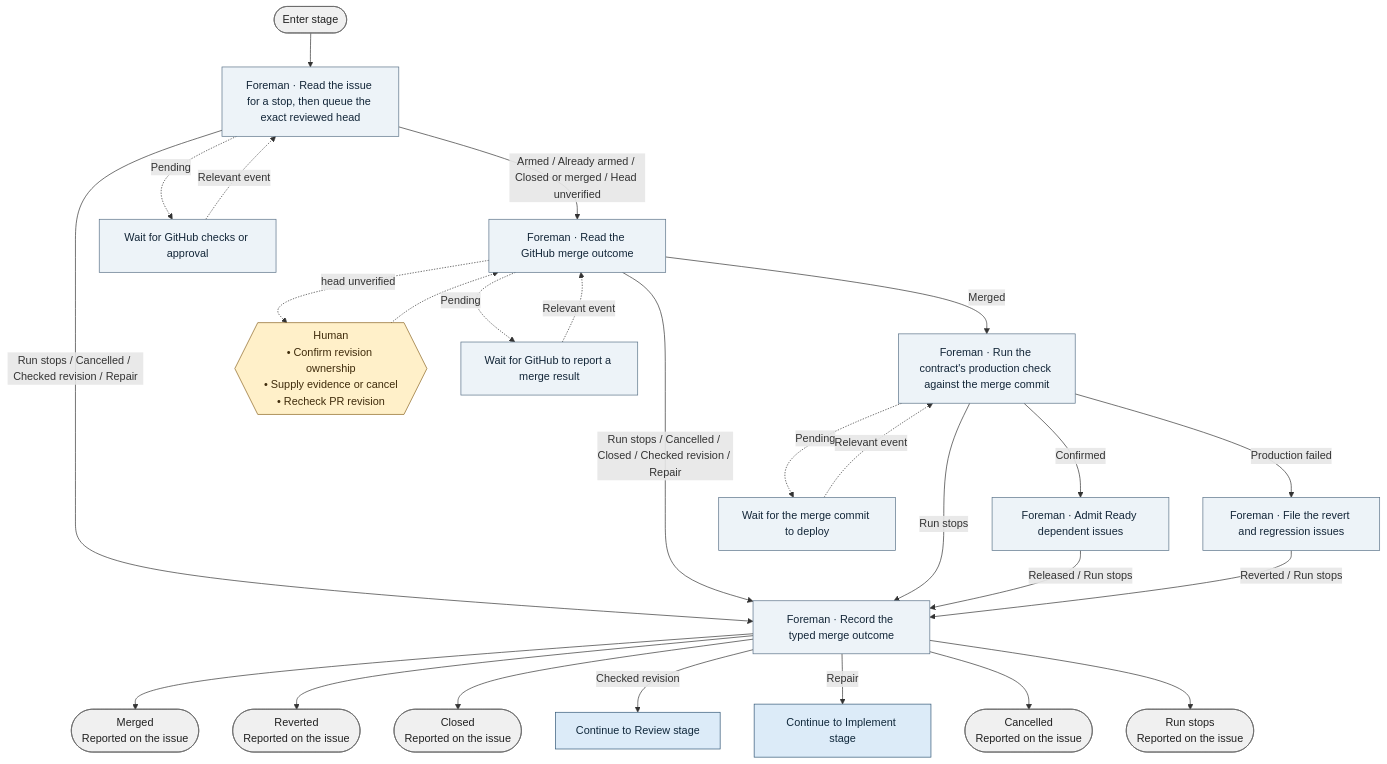
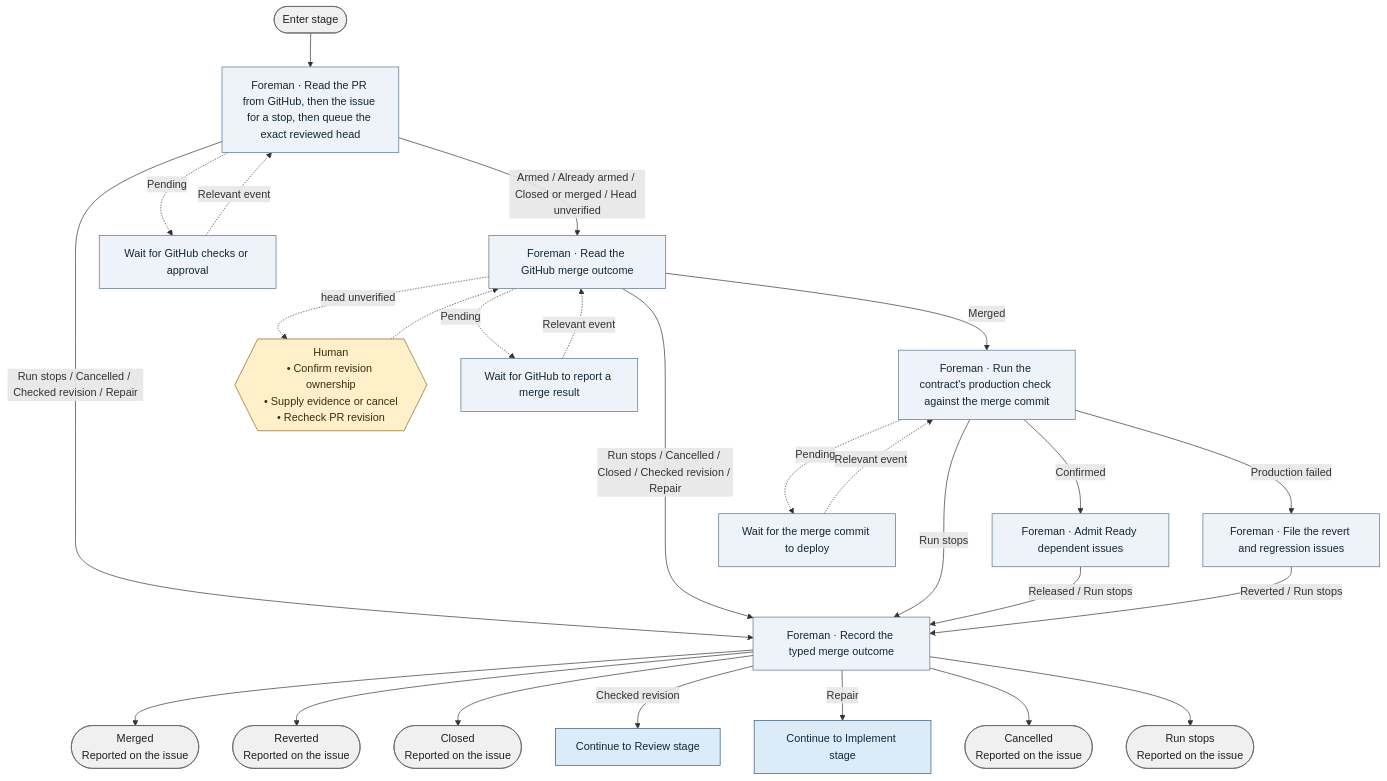
The diagram in docs/graph/blueprint/views/stages/merge.mmd (bookout-labs/tools), drawn with Mermaid before and after one commit. The commit also changed 11 other files, not shown here.

```diff
--- a/docs/graph/blueprint/views/stages/merge.mmd
+++ b/docs/graph/blueprint/views/stages/merge.mmd
@@ -1,49 +1,49 @@
 flowchart TD
     n0(["Enter stage"]):::terminal
-    n1["Foreman · Read the issue for a stop, then queue the exact reviewed head"]:::step
+    n1["Foreman · Read the PR from GitHub, then the issue for a stop, then queue the exact reviewed head"]:::step
     n2["Foreman · Read the GitHub merge outcome"]:::step
     n3["Foreman · Run the contract's production check against the merge commit"]:::step
     n4["Foreman · Admit Ready dependent issues"]:::step
     n5["Foreman · File the revert and regression issues"]:::step
     n6["Foreman · Record the typed merge outcome"]:::step
     n7(["Merged<br/>Reported on the issue"]):::terminal
     n8(["Reverted<br/>Reported on the issue"]):::terminal
     n9(["Closed<br/>Reported on the issue"]):::terminal
     n10["Continue to Review stage"]:::stage
     n11["Continue to Implement stage"]:::stage
     n12(["Cancelled<br/>Reported on the issue"]):::terminal
     n13(["Run stops<br/>Reported on the issue"]):::terminal
     n14{{"Human<br/>• Confirm revision ownership<br/>• Supply evidence or cancel<br/>• Recheck PR revision"}}:::gate
     n15["Wait for GitHub checks or approval"]:::step
     n16["Wait for GitHub to report a merge result"]:::step
     n17["Wait for the merge commit to deploy"]:::step
     n0 --> n1
     n1 -->|"Run stops / Cancelled / Checked revision / Repair"| n6
     n1 -->|"Armed / Already armed / Closed or merged / Head unverified"| n2
     n2 -->|"Run stops / Cancelled / Closed / Checked revision / Repair"| n6
     n2 -->|"Merged"| n3
     n3 -->|"Confirmed"| n4
     n3 -->|"Production failed"| n5
     n3 -->|"Run stops"| n6
     n4 -->|"Released / Run stops"| n6
     n5 -->|"Reverted / Run stops"| n6
     n6 --> n7
     n6 --> n8
     n6 --> n9
     n6 -->|"Checked revision"| n10
     n6 -->|"Repair"| n11
     n6 --> n12
     n6 --> n13
     n2 -.->|"head unverified"| n14
     n14 -.-> n2
     n1 -.->|"Pending"| n15
     n15 -.->|"Relevant event"| n1
     n2 -.->|"Pending"| n16
     n16 -.->|"Relevant event"| n2
     n3 -.->|"Pending"| n17
     n17 -.->|"Relevant event"| n3
     classDef stage fill:#dcebf8,stroke:#315675,color:#10283b
     classDef step fill:#edf3f8,stroke:#597187,color:#132638
     classDef worker fill:#d7f0e8,stroke:#357369,color:#133c36
     classDef gate fill:#fff0c9,stroke:#89641f,color:#3f2b0b
     classDef terminal fill:#f0f0f0,stroke:#666666,color:#202020
```
